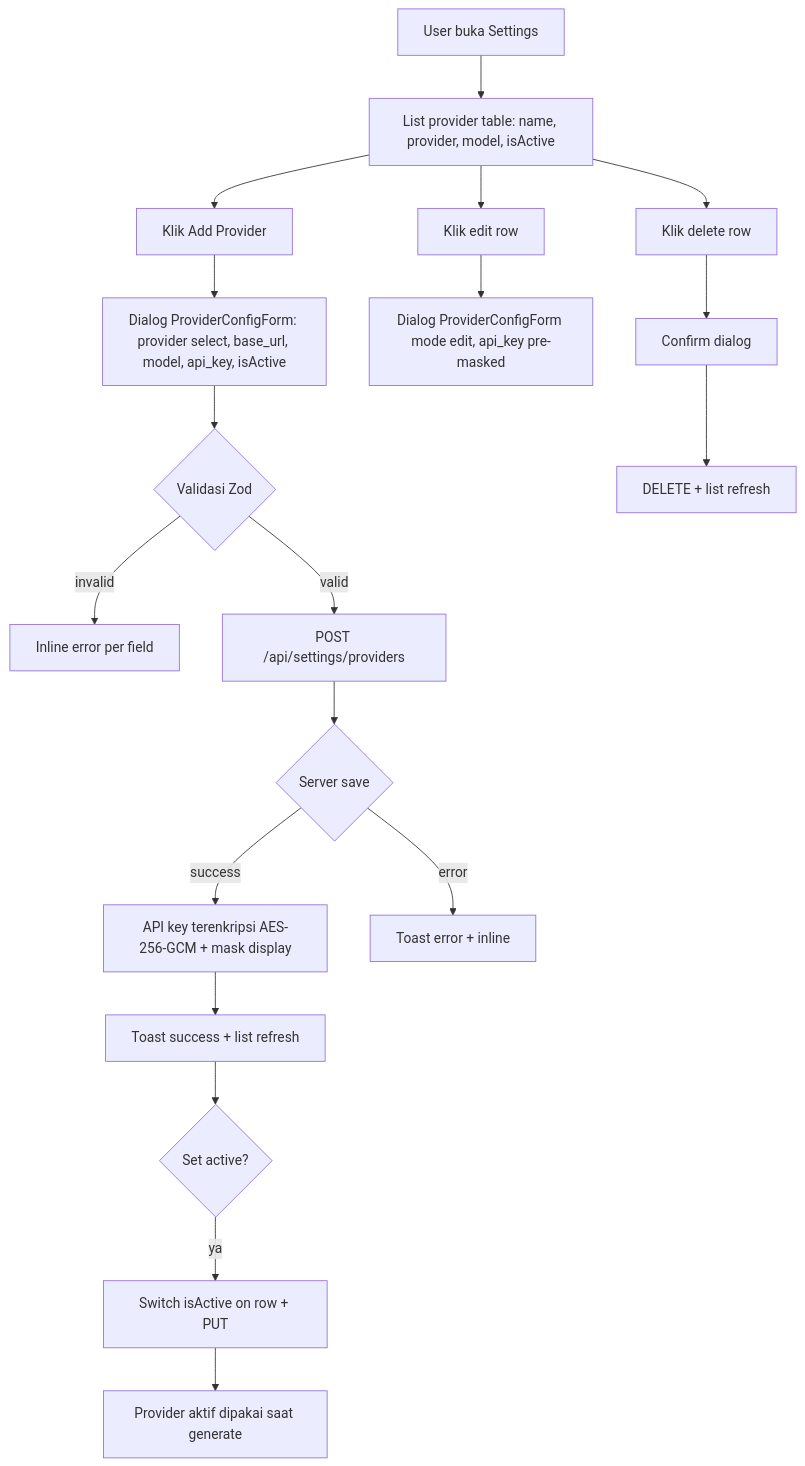
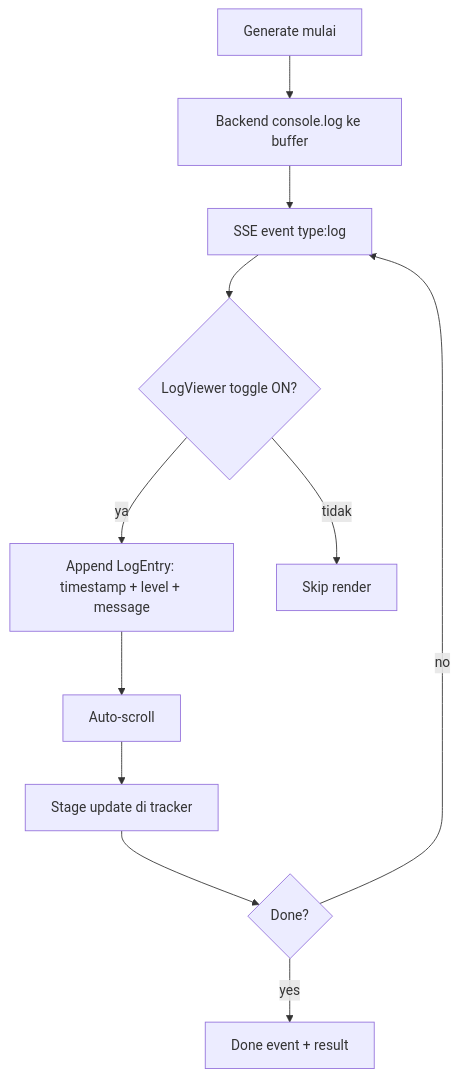
The second of 4 diagrams in product-docs/UIUX_SPEC.md (agrianwahab29/agrinode-promptflow), drawn with Mermaid before and after one commit. The commit also changed other lines of this file and 80 other files, not shown here.

````diff
--- a/product-docs/UIUX_SPEC.md
+++ b/product-docs/UIUX_SPEC.md
@@ -518,21 +560,13 @@
 ```mermaid
 flowchart TD
-    A[User buka Settings] --> B[List provider table: name, provider, model, isActive]
-    B --> C[Klik Add Provider]
-    C --> D[Dialog ProviderConfigForm: provider select, base_url, model, api_key, isActive]
-    D --> E{Validasi Zod}
-    E -->|invalid| E1[Inline error per field]
-    E -->|valid| F[POST /api/settings/providers]
-    F --> G{Server save}
-    G -->|success| G1[API key terenkripsi AES-256-GCM + mask display]
-    G1 --> H[Toast success + list refresh]
-    G -->|error| G2[Toast error + inline]
-    H --> I{Set active?}
-    I -->|ya| I1[Switch isActive on row + PUT]
-    I1 --> J[Provider aktif dipakai saat generate]
-    B --> K[Klik edit row]
-    K --> L[Dialog ProviderConfigForm mode edit, api_key pre-masked]
-    B --> M[Klik delete row]
-    M --> N[Confirm dialog]
-    N --> O[DELETE + list refresh]
+    A[Generate mulai] --> B[Backend console.log ke buffer]
+    B --> C[SSE event type:log]
+    C --> D{LogViewer toggle ON?}
+    D -->|ya| E[Append LogEntry: timestamp + level + message]
+    D -->|tidak| F[Skip render]
+    E --> G[Auto-scroll]
+    G --> H[Stage update di tracker]
+    H --> I{Done?}
+    I -->|no| C
+    I -->|yes| J[Done event + result]
 ```
````
